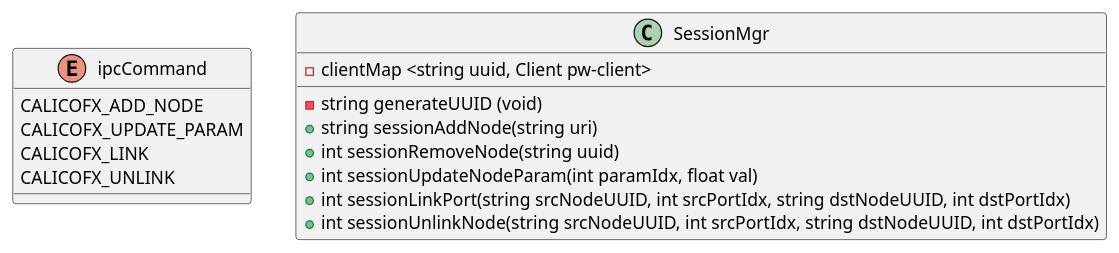
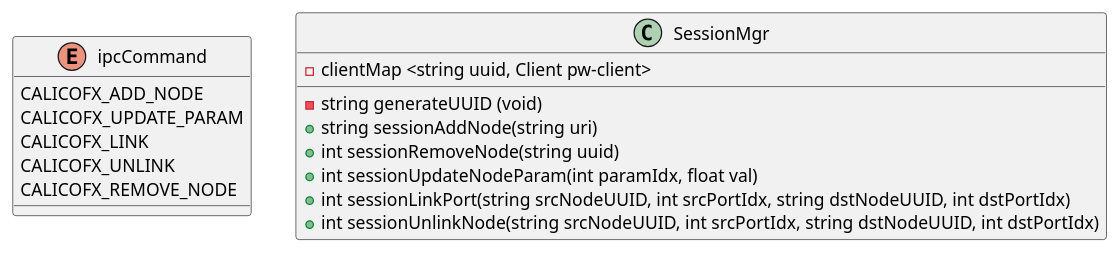
One commit to abhimanyu-g/calicofx-core changed the fourth of 13 diagrams in doc/design.org. Above: the diagram before and after it, drawn with PlantUML. The commit also changed other lines of this file, not shown here.

First line of the commit message:
[doc] Added 'Remove Node'

```diff
--- a/doc/design.org
+++ b/doc/design.org
@@ -82,19 +82,20 @@
 #+begin_src plantuml :file /tmp/calicofx-session-mgr-class-dig.png
   @startuml
   enum ipcCommand{
         CALICOFX_ADD_NODE
         CALICOFX_UPDATE_PARAM
         CALICOFX_LINK
         CALICOFX_UNLINK
+        CALICOFX_REMOVE_NODE
   }
   class SessionMgr{
         -clientMap <string uuid, Client pw-client>
         -string generateUUID (void)
         +string sessionAddNode(string uri)
         +int sessionRemoveNode(string uuid)
         +int sessionUpdateNodeParam(int paramIdx, float val)
         +int sessionLinkPort(string srcNodeUUID, int srcPortIdx, string dstNodeUUID, int dstPortIdx)
         +int sessionUnlinkNode(string srcNodeUUID, int srcPortIdx, string dstNodeUUID, int dstPortIdx)
   }
   @enduml
 #+end_src
```
